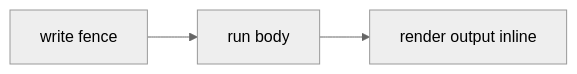
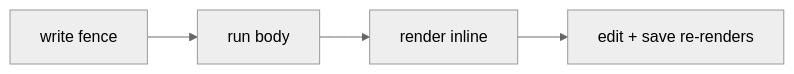
Before and after one commit to mracos/markdown-fence-view.nvim: the diagram in docs/example.md, drawn with Mermaid (neutral theme). The commit also changed other lines of this file and 6 other files, not shown here.

````diff
--- a/docs/example.md
+++ b/docs/example.md
@@ -8,5 +10,6 @@
 ```mermaid
 graph LR
   A[write fence] --> B[run body]
-  B --> C[render output inline]
+  B --> C[render inline]
+  C --> D[edit + save re-renders]
 ```
````
